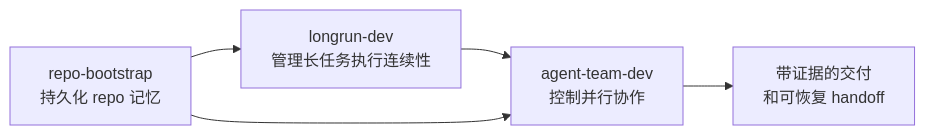
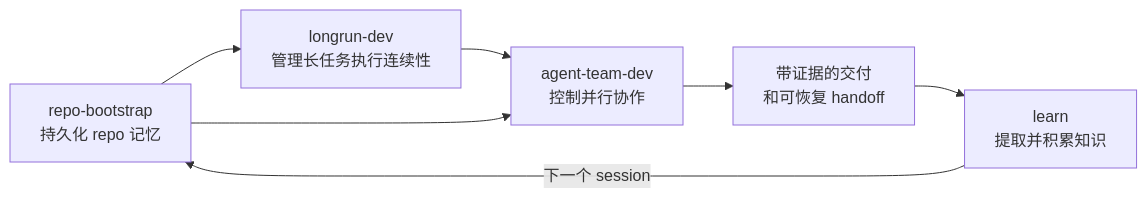
One commit to YuxiaoWang-520/codex-skills changed the diagram in README_CN.md. Above: the diagram before and after it, drawn with Mermaid. The commit also changed other lines of this file and 4 other files, not shown here.

First line of the commit message:
feat: add learn skill for cross-session knowledge accumulation

````diff
--- a/README_CN.md
+++ b/README_CN.md
@@ -325,7 +384,9 @@
 ```mermaid
 flowchart LR
     A[repo-bootstrap<br/>持久化 repo 记忆] --> B[longrun-dev<br/>管理长任务执行连续性]
     B --> C[agent-team-dev<br/>控制并行协作]
     A --> C
     C --> D[带证据的交付<br/>和可恢复 handoff]
+    D --> E[learn<br/>提取并积累知识]
+    E -->|下一个 session| A
 ```
````
